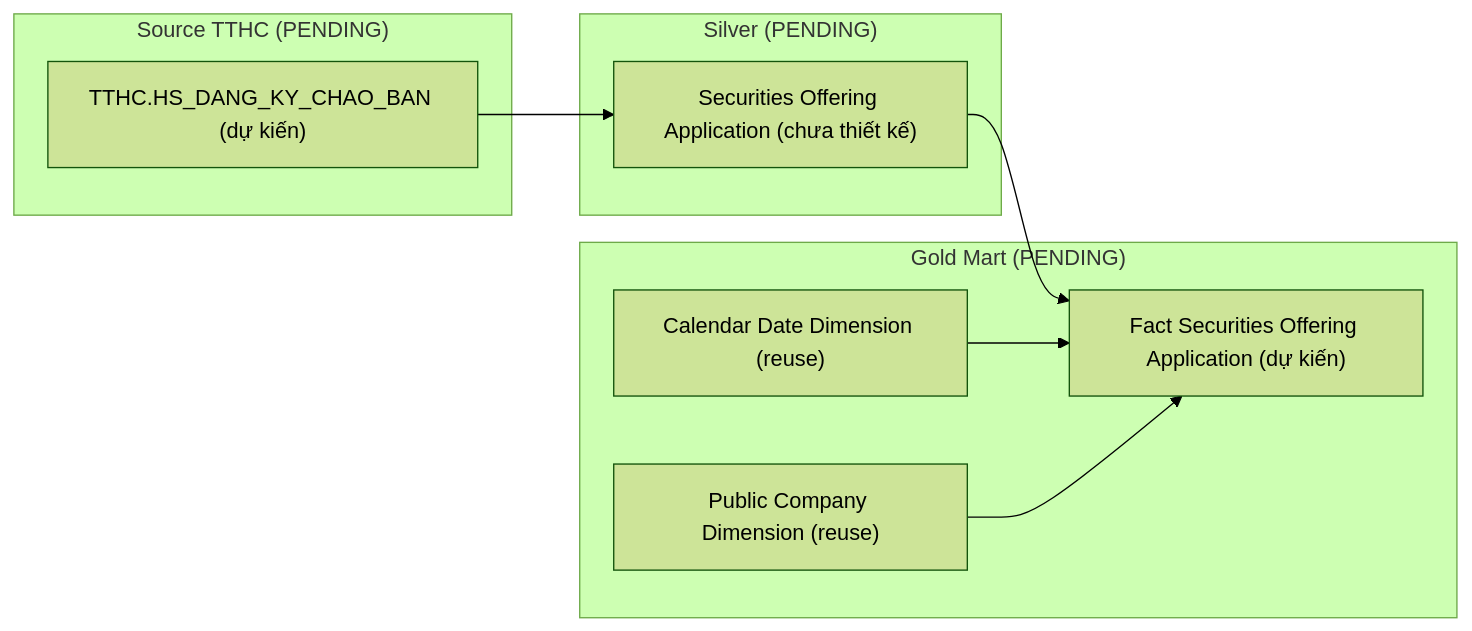
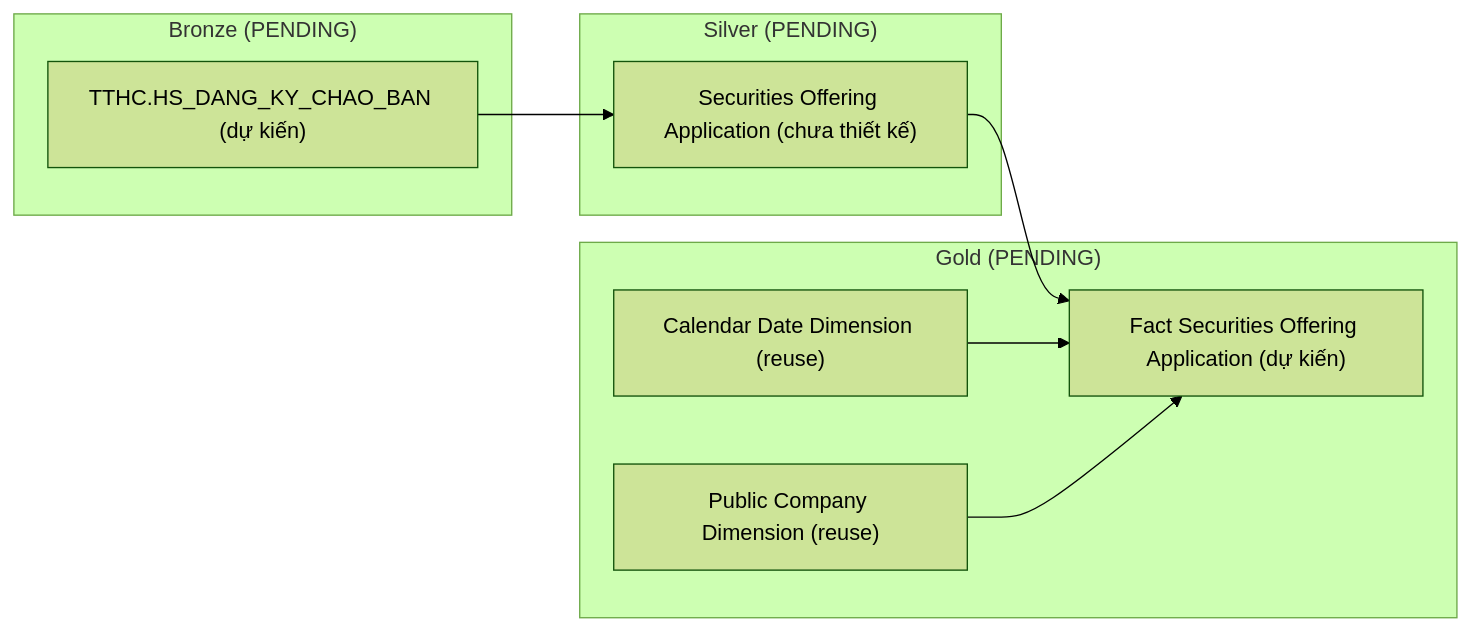
The third of 14 diagrams in Gold/hld/GOLD_QLCB_HLD.md (linhlvit/ubck_atomic_design), drawn with Mermaid (forest theme) before and after one commit. The commit also changed other lines of this file and 3 other files, not shown here.

````diff
--- a/Gold/hld/GOLD_QLCB_HLD.md
+++ b/Gold/hld/GOLD_QLCB_HLD.md
@@ -91,22 +91,22 @@
 ```mermaid
 flowchart LR
-    subgraph SRC_TTHC["Source TTHC (PENDING)"]
+    subgraph SRC_TTHC["Bronze (PENDING)"]
         S1["TTHC.HS_DANG_KY_CHAO_BAN (dự kiến)"]
     end
 
     subgraph SIL["Silver (PENDING)"]
         SV1["Securities Offering Application (chưa thiết kế)"]
     end
 
-    subgraph GOLD["Gold Mart (PENDING)"]
+    subgraph GOLD["Gold (PENDING)"]
         G1["Fact Securities Offering Application (dự kiến)"]
         G2["Calendar Date Dimension (reuse)"]
         G3["Public Company Dimension (reuse)"]
     end
 
     S1 --> SV1
 
     SV1 --> G1
     G2 --> G1
     G3 --> G1
 ```
````
